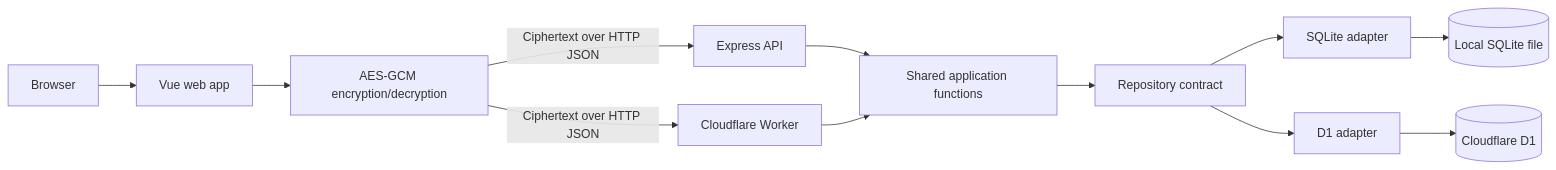
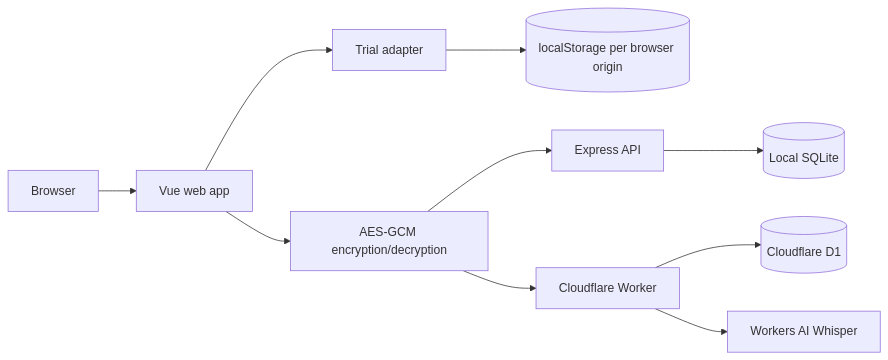
The diagram in docs/architecture.md (jlaguilargomez/fragments), drawn with Mermaid before and after one commit. The commit also changed other lines of this file and 12 other files, not shown here.

````diff
--- a/docs/architecture.md
+++ b/docs/architecture.md
@@ -8,14 +6,12 @@
 ```mermaid
 flowchart LR
   B[Browser] --> V[Vue web app]
+  V --> T[Trial adapter]
+  T --> L[(localStorage per browser origin)]
   V --> C[AES-GCM encryption/decryption]
-  C -->|Ciphertext over HTTP JSON| E[Express API]
-  C -->|Ciphertext over HTTP JSON| W[Cloudflare Worker]
-  E --> A[Shared application functions]
-  W --> A
-  A --> S[Repository contract]
-  S --> L[SQLite adapter]
-  S --> D[D1 adapter]
-  L --> F[(Local SQLite file)]
-  D --> Q[(Cloudflare D1)]
+  C --> E[Express API]
+  C --> W[Cloudflare Worker]
+  E --> S[(Local SQLite)]
+  W --> D[(Cloudflare D1)]
+  W --> A[Workers AI Whisper]
 ```
````
